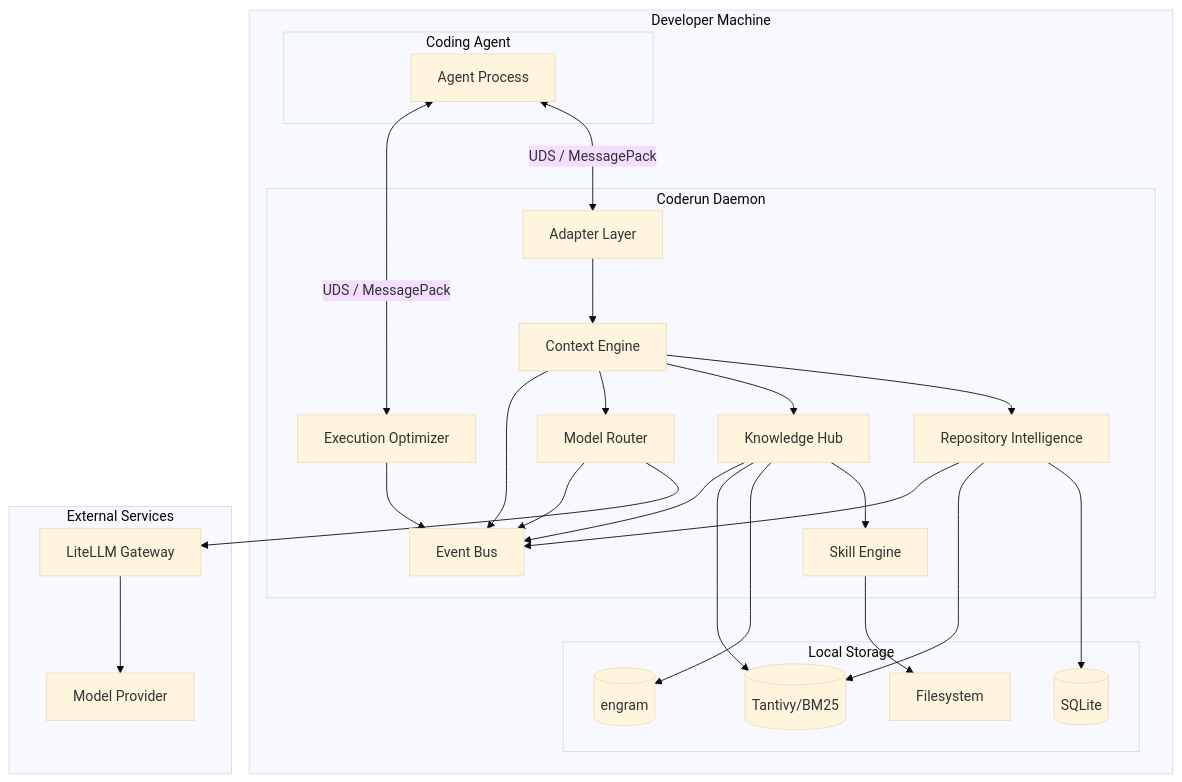
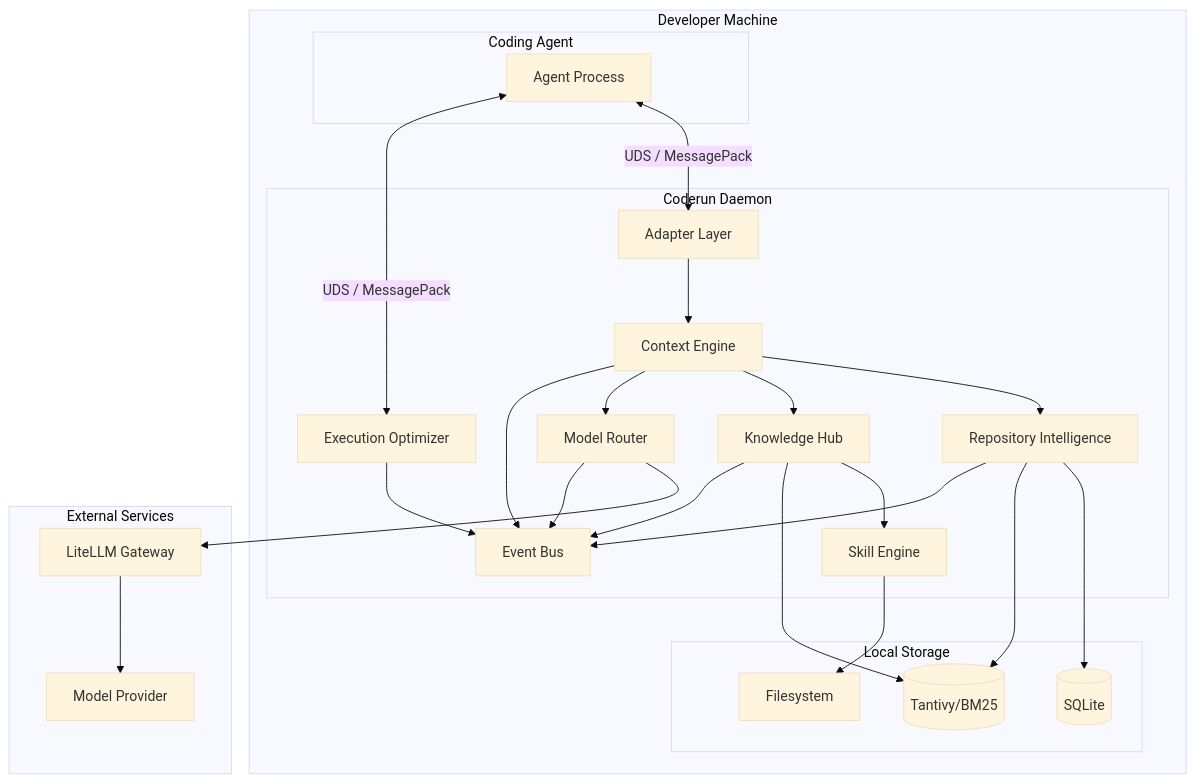
The first of 2 diagrams in docs/01-architecture/ARCHITECTURE.md (leonortega/coderun), drawn with Mermaid (base theme) before and after one commit. The commit also changed other lines of this file and 44 other files, not shown here.

First line of the commit message:
feat(v1): minimal stack Tree-sitter+Tantivy+SQLite+Git, remove MkDocs/Knowledge Hub/LiteLLM, make skills opt-in, cache Tantivy reader, gate graph for large repos

````diff
--- a/docs/01-architecture/ARCHITECTURE.md
+++ b/docs/01-architecture/ARCHITECTURE.md
@@ -15,54 +15,52 @@
 ```mermaid
 graph TB
     subgraph Developer Machine
         subgraph Coding Agent
             CA[Agent Process]
         end
 
         subgraph Coderun Daemon
             AD[Adapter Layer]
             CE[Context Engine]
             RI[Repository Intelligence]
             KH[Knowledge Hub]
             SE[Skill Engine]
             MR[Model Router]
             EO[Execution Optimizer]
             EB[Event Bus]
         end
 
         subgraph Local Storage
             DB[(SQLite)]
-            ENG[(engram)]
             TV[(Tantivy/BM25)]
             FS[Filesystem]
         end
     end
 
     subgraph External Services
         LL[LiteLLM Gateway]
         MP[Model Provider]
     end
 
     CA <-->|UDS / MessagePack| AD
     AD --> CE
     CE --> RI
     CE --> KH
     KH --> SE
     CE --> MR
     MR --> LL
     LL --> MP
 
     CA <-->|UDS / MessagePack| EO
 
     RI --> DB
     RI --> TV
-    KH --> ENG
     KH --> TV
     SE --> FS
 
     CE --> EB
     MR --> EB
     RI --> EB
     KH --> EB
     EO --> EB
 ```
````
